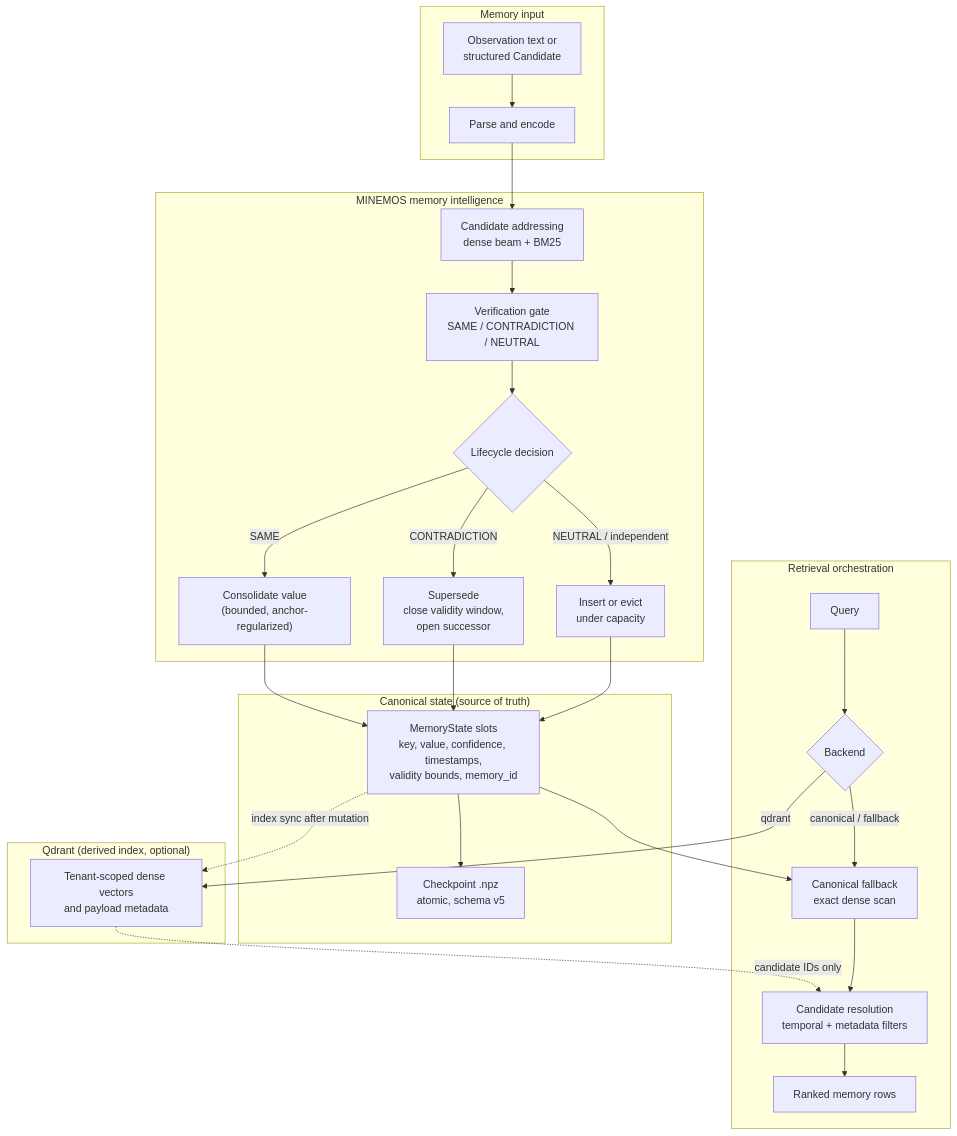
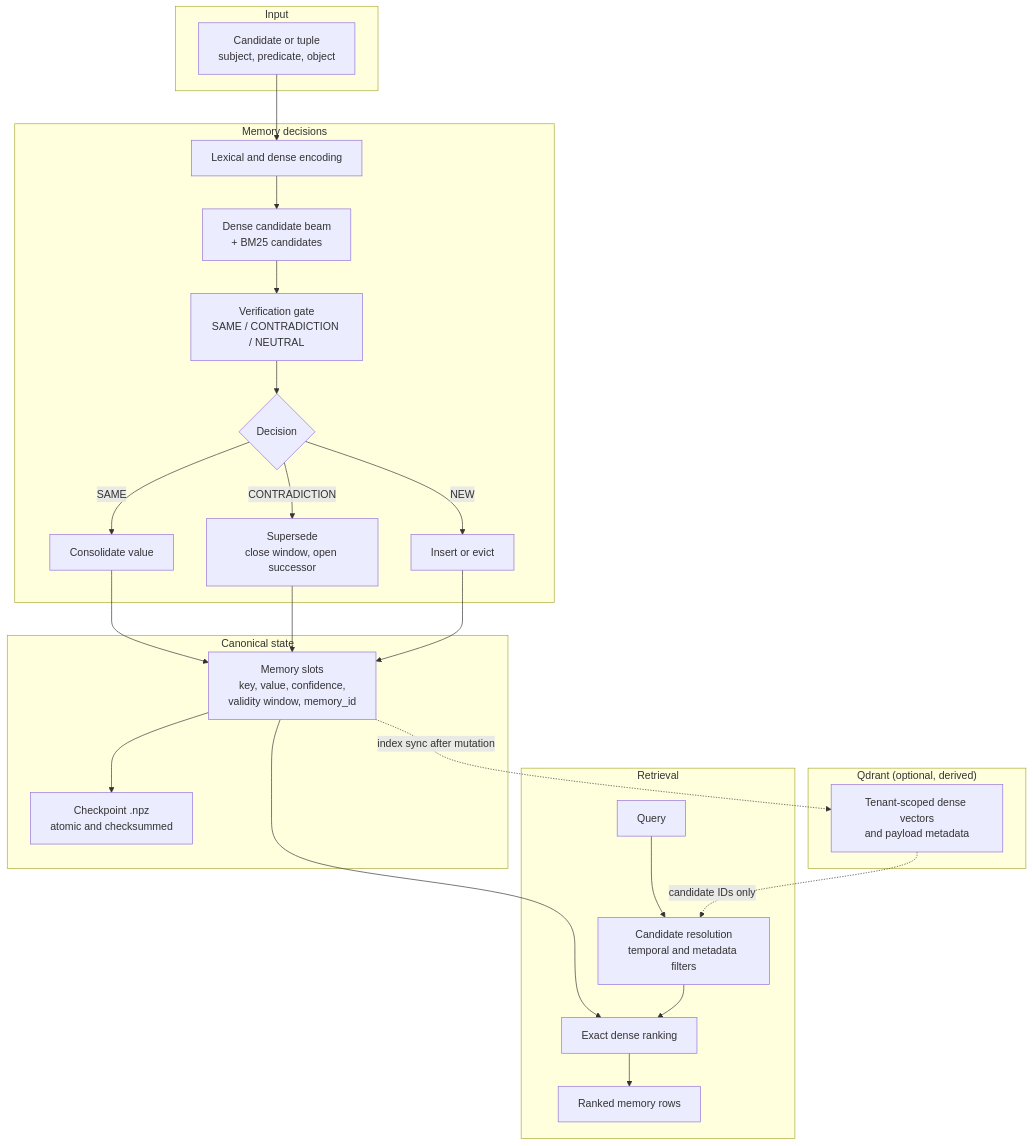
Before and after one commit to robel-samuel/MINEMOS: the diagram in README.md, drawn with Mermaid. The commit also changed other lines of this file and 325 other files, not shown here.

Commit message:
feat: publish packaged MINEMOS memory engine

````diff
--- a/README.md
+++ b/README.md
@@ -116,52 +80,47 @@
 ```mermaid
 flowchart TD
-    subgraph Input["Memory input"]
-        A["Observation text or<br/>structured Candidate"]
-        B["Parse and encode"]
+    subgraph Input
+        A["Candidate or tuple<br/>subject, predicate, object"]
     end
 
-    subgraph Intelligence["MINEMOS memory intelligence"]
-        C["Candidate addressing<br/>dense beam + BM25"]
+    subgraph Decisions["Memory decisions"]
+        B["Lexical and dense encoding"]
+        C["Dense candidate beam<br/>+ BM25 candidates"]
         D["Verification gate<br/>SAME / CONTRADICTION / NEUTRAL"]
-        E{"Lifecycle decision"}
-        E1["Consolidate value<br/>(bounded, anchor-regularized)"]
-        E2["Supersede<br/>close validity window,<br/>open successor"]
-        E3["Insert or evict<br/>under capacity"]
+        E{"Decision"}
+        E1["Consolidate value"]
+        E2["Supersede<br/>close window, open successor"]
+        E3["Insert or evict"]
     end
 
-    subgraph Canonical["Canonical state (source of truth)"]
-        F["MemoryState slots<br/>key, value, confidence, timestamps,<br/>validity bounds, memory_id"]
-        G["Checkpoint .npz<br/>atomic, schema v5"]
+    subgraph Canonical["Canonical state"]
+        F["Memory slots<br/>key, value, confidence,<br/>validity window, memory_id"]
+        G["Checkpoint .npz<br/>atomic and checksummed"]
     end
 
-    subgraph Retrieval["Retrieval orchestration"]
+    subgraph Retrieval["Retrieval"]
         H["Query"]
-        R{"Backend"}
-        I["Candidate resolution<br/>temporal + metadata filters"]
-        K["Canonical fallback<br/>exact dense scan"]
-        L["Ranked memory rows"]
+        I["Candidate resolution<br/>temporal and metadata filters"]
+        J["Exact dense ranking"]
+        K["Ranked memory rows"]
     end
 
-    subgraph Index["Qdrant (derived index, optional)"]
+    subgraph Index["Qdrant (optional, derived)"]
         Q["Tenant-scoped dense vectors<br/>and payload metadata"]
     end
 
     A --> B --> C --> D --> E
-    E -- "SAME" --> E1
-    E -- "CONTRADICTION" --> E2
-    E -- "NEUTRAL / independent" --> E3
-
+    E -- SAME --> E1
+    E -- CONTRADICTION --> E2
+    E -- NEW --> E3
     E1 --> F
     E2 --> F
     E3 --> F
     F --> G
 
-    H --> R
-    R -- "qdrant" --> Q
+    H --> I
+    F --> J
     Q -. "candidate IDs only" .-> I
-    R -- "canonical / fallback" --> K
-    F --> K
+    I --> J --> K
     F -. "index sync after mutation" .-> Q
-    K --> I
-    I --> L
 ```
````
